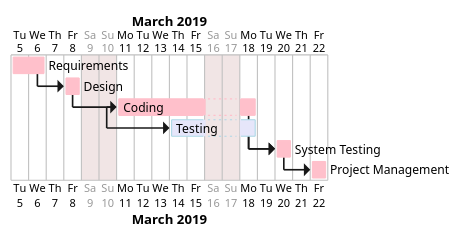
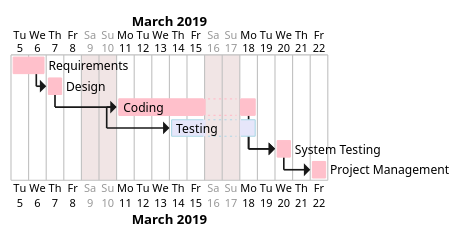
One commit to salvatore-dimartino/LaTazza changed the diagram in templates/templates_EstimationTemplate.md. Above: the diagram before and after it, drawn with PlantUML.

````diff
--- a/templates/templates_EstimationTemplate.md
+++ b/templates/templates_EstimationTemplate.md
@@ -62,14 +62,14 @@
 ```plantuml
 @startgantt
 project starts the 2019/03/5
 sunday are closed
 saturday are closed
 [Requirements] lasts 2 days and is colored in Pink
-[Design] lasts 1 days and starts 1 days after [Requirements]'s end and is colored in Pink
+[Design] lasts 1 days and starts 0 days after [Requirements]'s end and is colored in Pink
 [Coding] lasts 6 days and starts 1 days after [Design]'s end and is colored in Pink
 [Testing] lasts 3 days and starts 3 days after [Coding]'s start and is colored in Lavender/LightBlue
 [System Testing] lasts 1 days and starts 1 days after [Coding]'s end and is colored in Pink
 [Project Management] lasts 1 days and starts 1 days after [System Testing]'s end and is colored in Pink
 [System Testing] starts 1 days after [Testing]'s end and is colored in Pink
 @endgantt
 ```
````
